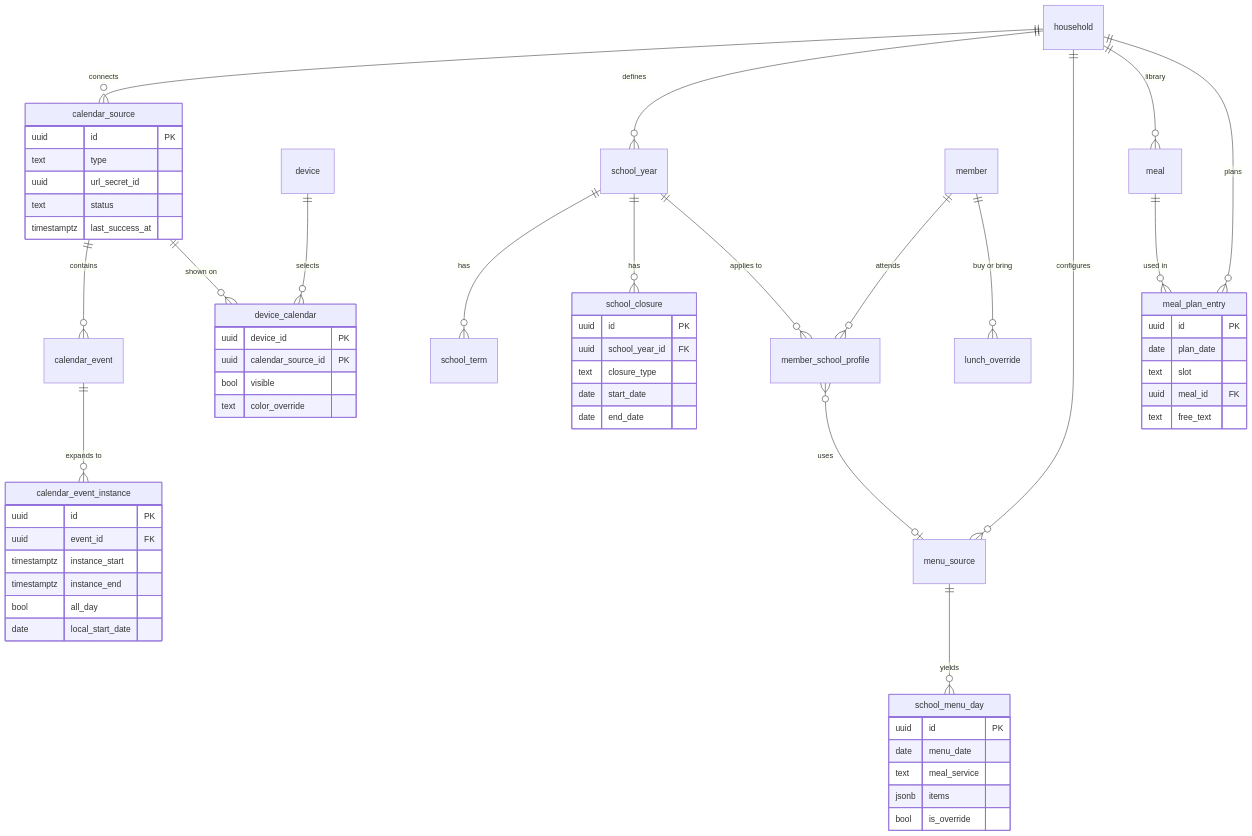
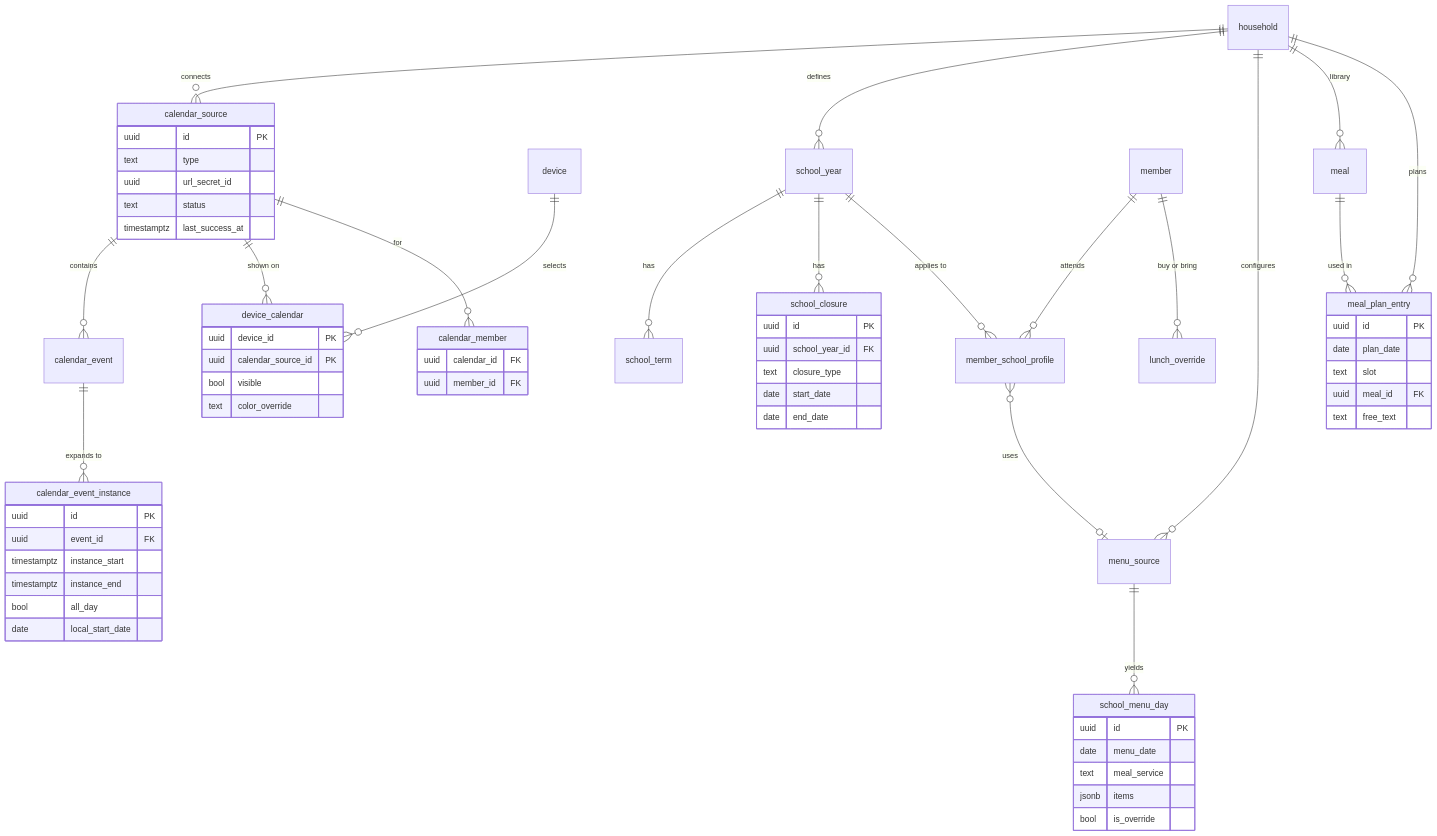
One commit to mronan83/Family-Hub changed the third of 4 diagrams in docs/02-data-model.md. Above: the diagram before and after it, drawn with Mermaid. The commit also changed other lines of this file and 43 other files, not shown here.

````diff
--- a/docs/02-data-model.md
+++ b/docs/02-data-model.md
@@ -257,63 +258,68 @@
 ```mermaid
 erDiagram
   household ||--o{ calendar_source : "connects"
   calendar_source ||--o{ calendar_event : "contains"
   device ||--o{ device_calendar : "selects"
   calendar_source ||--o{ device_calendar : "shown on"
+  calendar_source ||--o{ calendar_member : "for"
   calendar_event ||--o{ calendar_event_instance : "expands to"
   household ||--o{ school_year : "defines"
   school_year ||--o{ school_term : "has"
   school_year ||--o{ school_closure : "has"
   member ||--o{ member_school_profile : "attends"
   school_year ||--o{ member_school_profile : "applies to"
   household ||--o{ menu_source : "configures"
   menu_source ||--o{ school_menu_day : "yields"
   member_school_profile }o--o| menu_source : "uses"
   household ||--o{ meal : "library"
   household ||--o{ meal_plan_entry : "plans"
   meal ||--o{ meal_plan_entry : "used in"
   member ||--o{ lunch_override : "buy or bring"
 
   calendar_source {
     uuid id PK
     text type
     uuid url_secret_id
     text status
     timestamptz last_success_at
+  }
+  calendar_member {
+    uuid calendar_id FK
+    uuid member_id FK
   }
   device_calendar {
     uuid device_id PK
     uuid calendar_source_id PK
     bool visible
     text color_override
   }
   calendar_event_instance {
     uuid id PK
     uuid event_id FK
     timestamptz instance_start
     timestamptz instance_end
     bool all_day
     date local_start_date
   }
   school_closure {
     uuid id PK
     uuid school_year_id FK
     text closure_type
     date start_date
     date end_date
   }
   meal_plan_entry {
     uuid id PK
     date plan_date
     text slot
     uuid meal_id FK
     text free_text
   }
   school_menu_day {
     uuid id PK
     date menu_date
     text meal_service
     jsonb items
     bool is_override
   }
 ```
````
